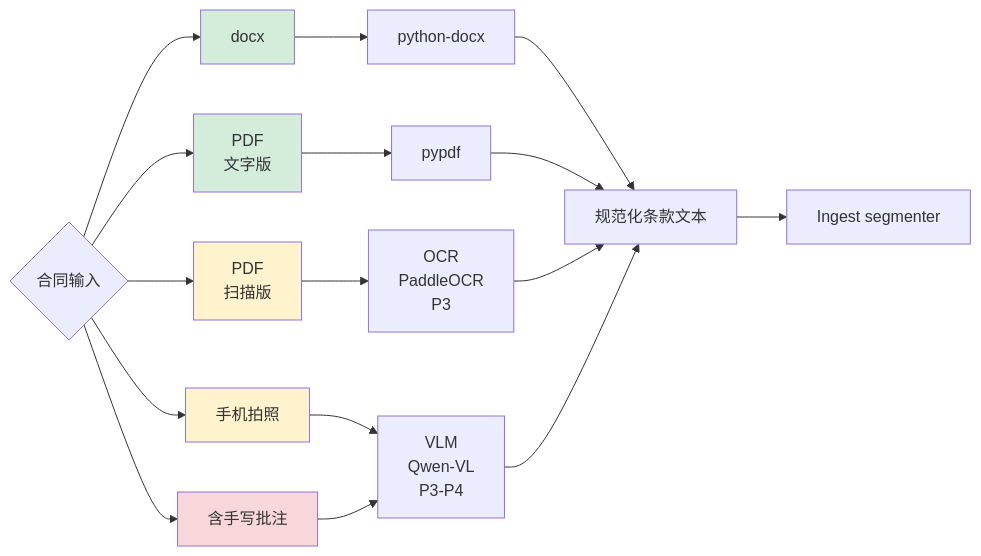
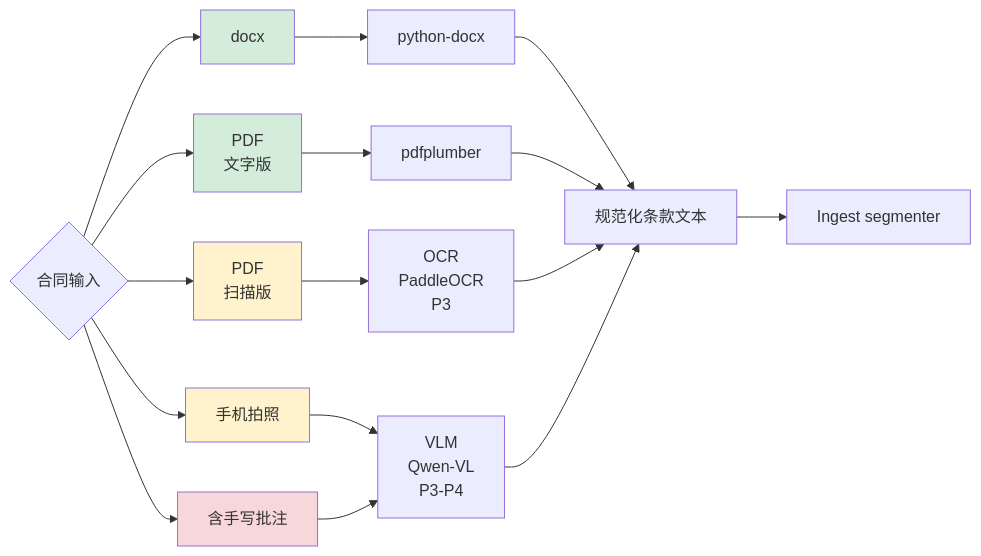
The sixth of 8 diagrams in docs/ARCHITECTURE.md (junjiehei/legal-contract-agent), drawn with Mermaid before and after one commit. The commit also changed 1 other file, not shown here.

Commit message:
docs: write Parsing module (plain-language); lock & trim Routing output; strip design-history from ingestion sections
- SYSTEM1 3.4 Parsing rewritten in plain language with a worked
  contract-page example: TextBlock / Table / RawParse, tool choices
  (pdfplumber over AGPL PyMuPDF), per-parser notes, execute_plan,
  failure handling, and the physical-vs-logical boundary.
- Routing output (3.3.6) locked and trimmed: drop ParseStep.scope
  (merged into pages), FallbackTrigger struct -> fallback_threshold
  float, ProcessingPlan.source_format and .quality (post-parse quality
  now comes from RawParse).
- Remove design-archaeology (moved/deleted/draft/byproduct notes) from
  Format Detection, Routing, Parsing so each section reads as clean
  final design.
- Fix ingest() quality source + blocks flow; sync pypdf->pdfplumber
  references (pypdf kept only for cheap shape sensing); update
  ARCHITECTURE multimodal diagram.

````diff
--- a/docs/ARCHITECTURE.md
+++ b/docs/ARCHITECTURE.md
@@ -361,28 +361,28 @@
 ```mermaid
 flowchart LR
     Input{合同输入}
     Input --> T1[docx]
     Input --> T2[PDF<br/>文字版]
     Input --> T3[PDF<br/>扫描版]
     Input --> T4[手机拍照]
     Input --> T5[含手写批注]
     
     T1 --> Parser1[python-docx]
-    T2 --> Parser2[pypdf]
+    T2 --> Parser2[pdfplumber]
     T3 --> OCR[OCR<br/>PaddleOCR<br/>P3]
     T4 --> VLM[VLM<br/>Qwen-VL<br/>P3-P4]
     T5 --> VLM
     
     Parser1 --> Norm[规范化条款文本]
     Parser2 --> Norm
     OCR --> Norm
     VLM --> Norm
     
     Norm --> Ing[Ingest segmenter]
     
     style T1 fill:#d4edda
     style T2 fill:#d4edda
     style T3 fill:#fff3cd
     style T4 fill:#fff3cd
     style T5 fill:#f8d7da
 ```
````
